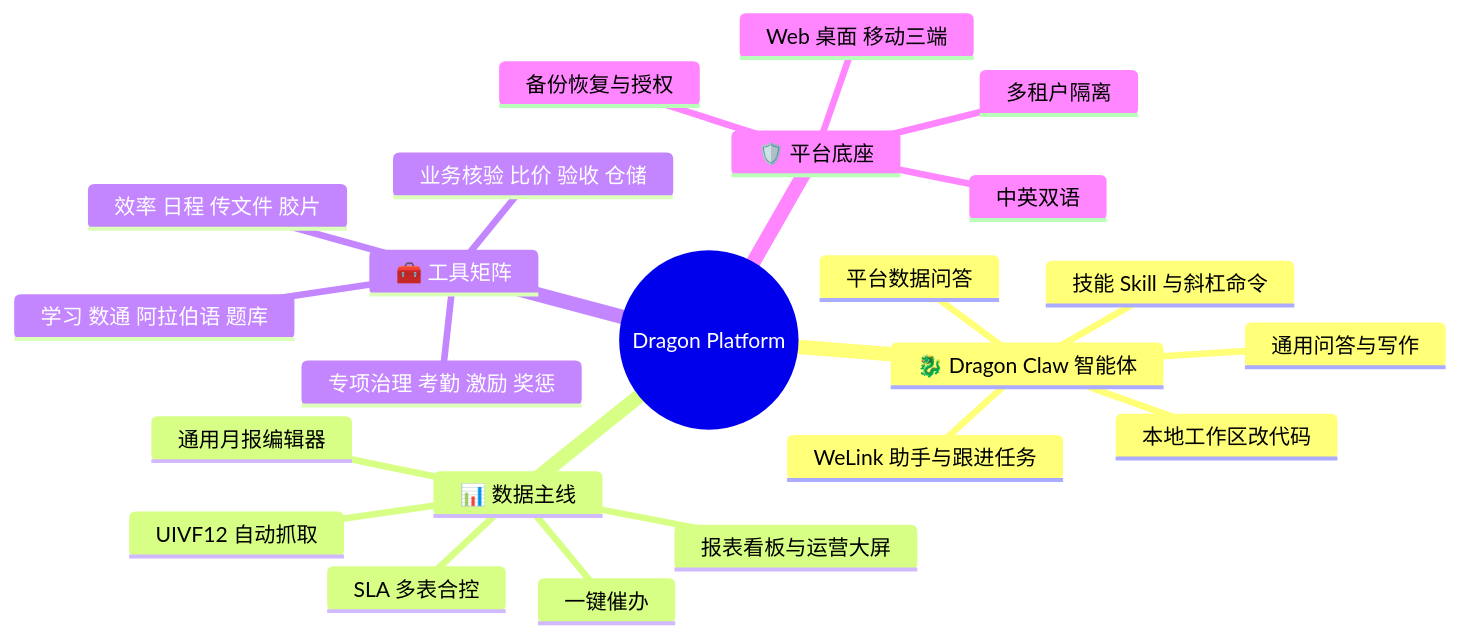
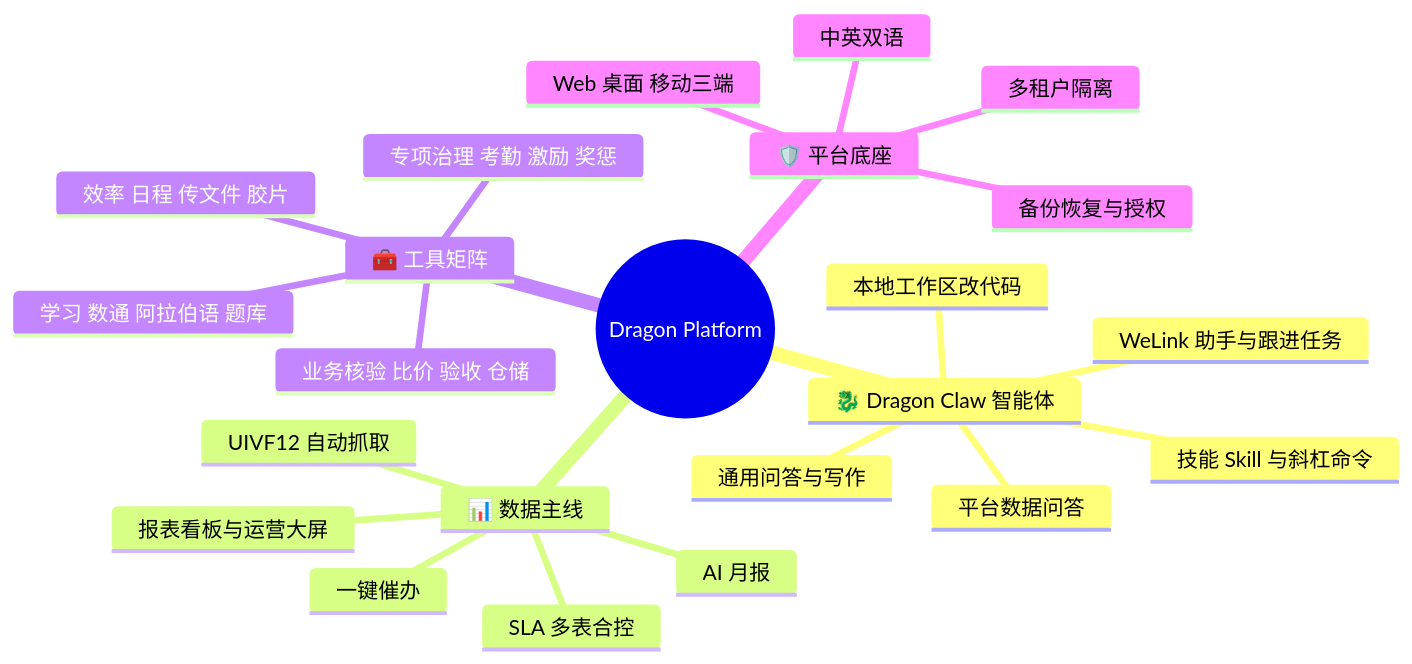
One commit to fanxiaolongx-max/Dragon-Platform changed the first of 3 diagrams in README.md. Above: the diagram before and after it, drawn with Mermaid. The commit also changed other lines of this file and 264 other files, not shown here.

````diff
--- a/README.md
+++ b/README.md
@@ -64,26 +64,26 @@
 ```mermaid
 mindmap
   root((Dragon Platform))
     🐉 Dragon Claw 智能体
       通用问答与写作
       平台数据问答
       本地工作区改代码
       技能 Skill 与斜杠命令
       WeLink 助手与跟进任务
     📊 数据主线
       UIVF12 自动抓取
       SLA 多表合控
       报表看板与运营大屏
-      通用月报编辑器
+      AI 月报
       一键催办
     🧰 工具矩阵
       专项治理 考勤 激励 奖惩
       业务核验 比价 验收 仓储
       学习 数通 阿拉伯语 题库
       效率 日程 传文件 胶片
     🛡️ 平台底座
       多租户隔离
       备份恢复与授权
       Web 桌面 移动三端
       中英双语
 ```
````
